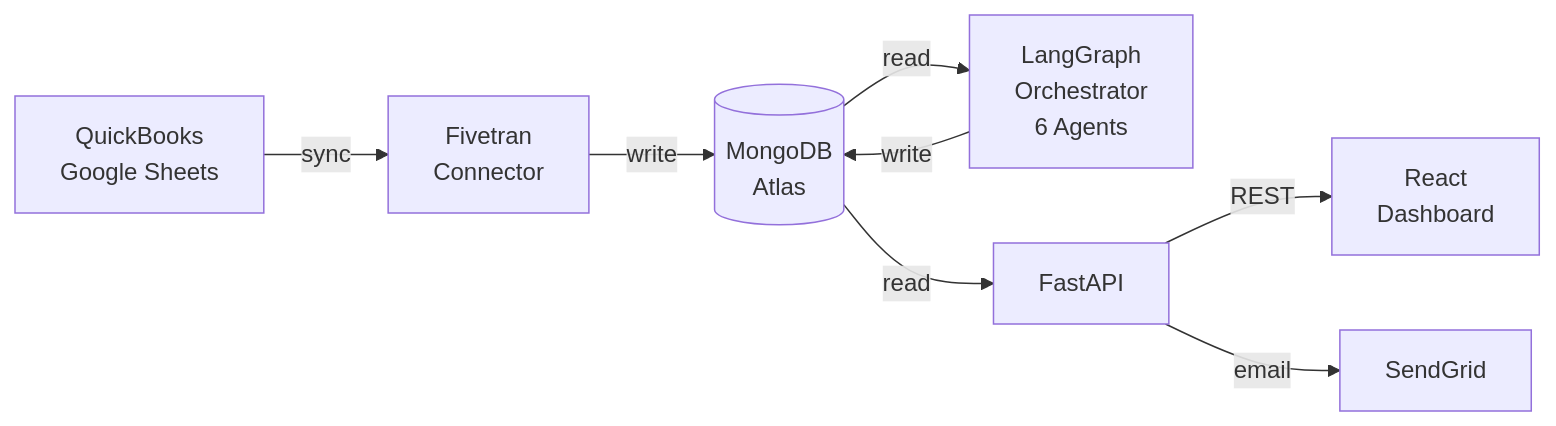
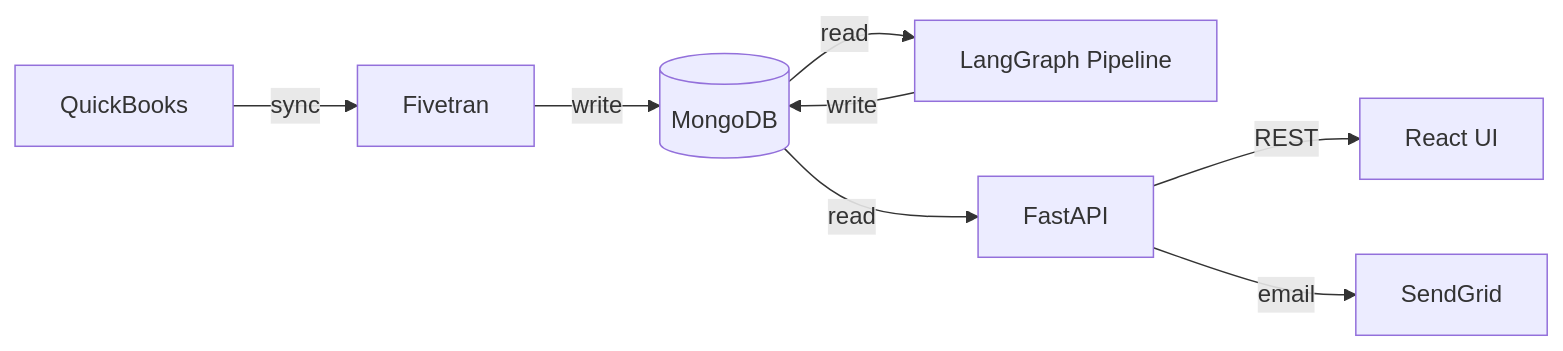
Before and after one commit to sivasundharam/cashguard: the first of 5 diagrams in README.md, drawn with Mermaid. The commit also changed other lines of this file, not shown here.

Commit message:
docs: use short Mermaid labels with explanation tables below each diagram

````diff
--- a/README.md
+++ b/README.md
@@ -17,18 +17,9 @@
 ```mermaid
-%%{init: {"flowchart": {"wrappingWidth": 400}}}%%
 flowchart LR
-    QBO["QuickBooks\nGoogle Sheets"]
-    FT["Fivetran\nConnector"]
-    DB[("MongoDB\nAtlas")]
-    PIPE["LangGraph\nOrchestrator\n6 Agents"]
-    API["FastAPI"]
-    UI["React\nDashboard"]
-    SG["SendGrid"]
-
-    QBO -->|sync| FT -->|write| DB
-    DB -->|read| PIPE
+    QBO["QuickBooks"] -->|sync| FT["Fivetran"] -->|write| DB[("MongoDB")]
+    DB -->|read| PIPE["LangGraph Pipeline"]
     PIPE -->|write| DB
-    DB -->|read| API
-    API -->|REST| UI
-    API -->|email| SG
+    DB -->|read| API["FastAPI"]
+    API -->|REST| UI["React UI"]
+    API -->|email| SG["SendGrid"]
 ```
````
